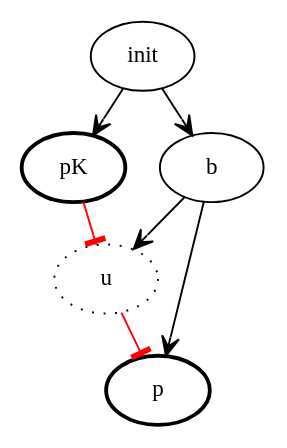
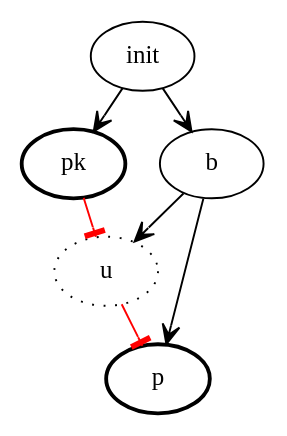
One commit to jonathan-laurent/kappa-counterfactuals-paper changed the diagram in figures/dot/cex.dot. Above: the diagram before and after it, drawn with Graphviz. The commit also changed 16 other files, not shown here.

```diff
--- a/figures/dot/cex.dot
+++ b/figures/dot/cex.dot
@@ -1,15 +1,15 @@
 digraph {
-    graph [ranksep=0.3];
-    node [fontname="CMU Typewriter Text", label="\N", fontsize=12];
+    graph [ranksep=0.28, rankdir="TD"];
+    node [fontname="CMU Typewriter Text", label="\N", fontsize=13];
     edge [arrowhead=vee];
 
     u [ style=dotted]
-    pK [ penwidth=2  ]
+    pk [ penwidth=2  ]
     p [ penwidth=2 ]
 
     init -> b -> p
-    init -> pK
+    init -> pk
     b -> u
-    pK -> u [arrowhead=tee, color=red]
+    pk -> u [arrowhead=tee, color=red]
     u -> p [arrowhead=tee, color=red]
 }
```
